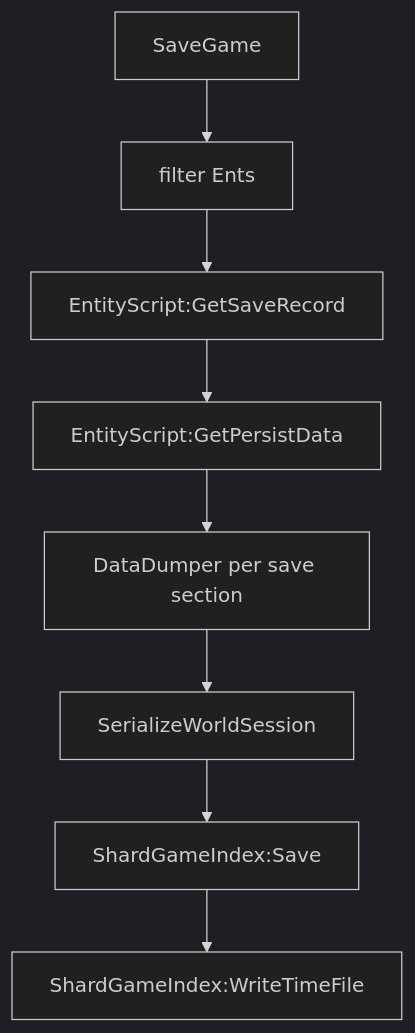
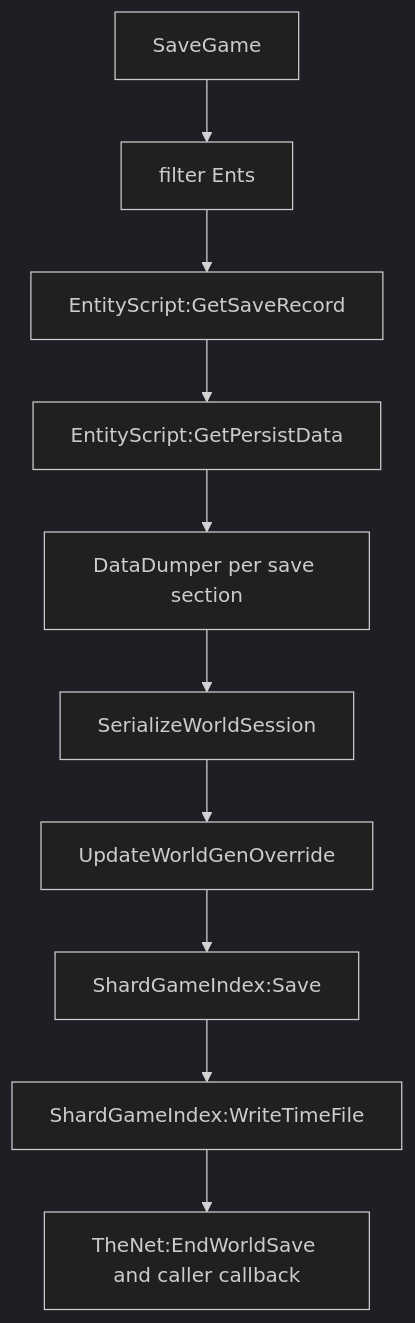
The diagram in dst-scripts/index/0x2000-runtime/0x2200-engine-services/0x2202-save-load.md (LetsStarveTogether/dst-server), drawn with Mermaid (dark theme) before and after one commit. The commit also changed other lines of this file and 9 other files, not shown here.

```diff
--- a/dst-scripts/index/0x2000-runtime/0x2200-engine-services/0x2202-save-load.md
+++ b/dst-scripts/index/0x2000-runtime/0x2200-engine-services/0x2202-save-load.md
@@ -52,11 +55,13 @@
 ~~~mermaid
 flowchart TD
     A["SaveGame"]
     A --> B["filter Ents"]
     B --> C["EntityScript:GetSaveRecord"]
     C --> D["EntityScript:GetPersistData"]
     D --> E["DataDumper per save section"]
     E --> F["SerializeWorldSession"]
-    F --> G["ShardGameIndex:Save"]
+    F --> O["UpdateWorldGenOverride"]
+    O --> G["ShardGameIndex:Save"]
     G --> H["ShardGameIndex:WriteTimeFile"]
+    H --> I["TheNet:EndWorldSave and caller callback"]
 ~~~
```
